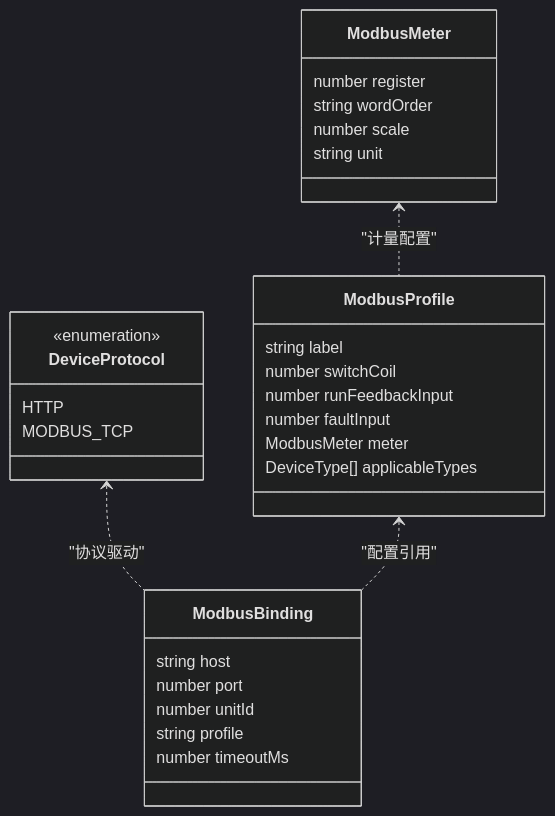
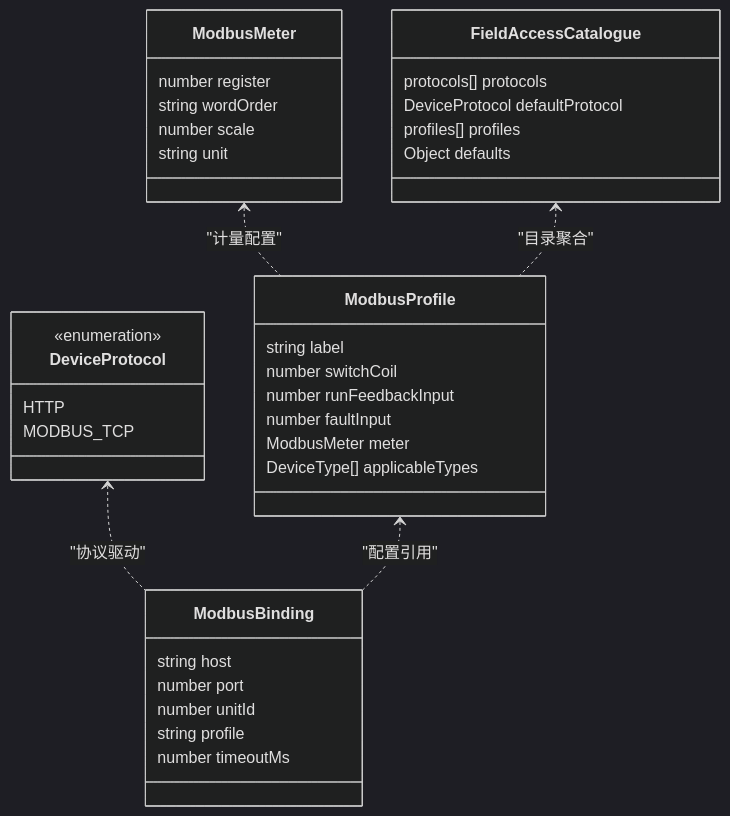
One commit to q446328246/agri-platform changed the fourth of 8 diagrams in .qoder/repowiki/zh/content/核心服务文档/物联网设备管理/Modbus TCP主站通信.md. Above: the diagram before and after it, drawn with Mermaid (dark theme). The commit also changed other lines of this file and 25 other files, not shown here.

````diff
--- a/.qoder/repowiki/zh/content/核心服务文档/物联网设备管理/Modbus TCP主站通信.md
+++ b/.qoder/repowiki/zh/content/核心服务文档/物联网设备管理/Modbus TCP主站通信.md
@@ -210,32 +226,39 @@
 ```mermaid
 classDiagram
 class DeviceProtocol {
 <<enumeration>>
 HTTP
 MODBUS_TCP
 }
 class ModbusProfile {
 string label
 number switchCoil
 number runFeedbackInput
 number faultInput
 ModbusMeter meter
 DeviceType[] applicableTypes
 }
 class ModbusMeter {
 number register
 string wordOrder
 number scale
 string unit
 }
 class ModbusBinding {
 string host
 number port
 number unitId
 string profile
 number timeoutMs
 }
+class FieldAccessCatalogue {
+protocols[] protocols
+DeviceProtocol defaultProtocol
+profiles[] profiles
+Object defaults
+}
 DeviceProtocol <.. ModbusBinding : "协议驱动"
 ModbusProfile <.. ModbusBinding : "配置引用"
 ModbusMeter <.. ModbusProfile : "计量配置"
+FieldAccessCatalogue <.. ModbusProfile : "目录聚合"
 ```
````
